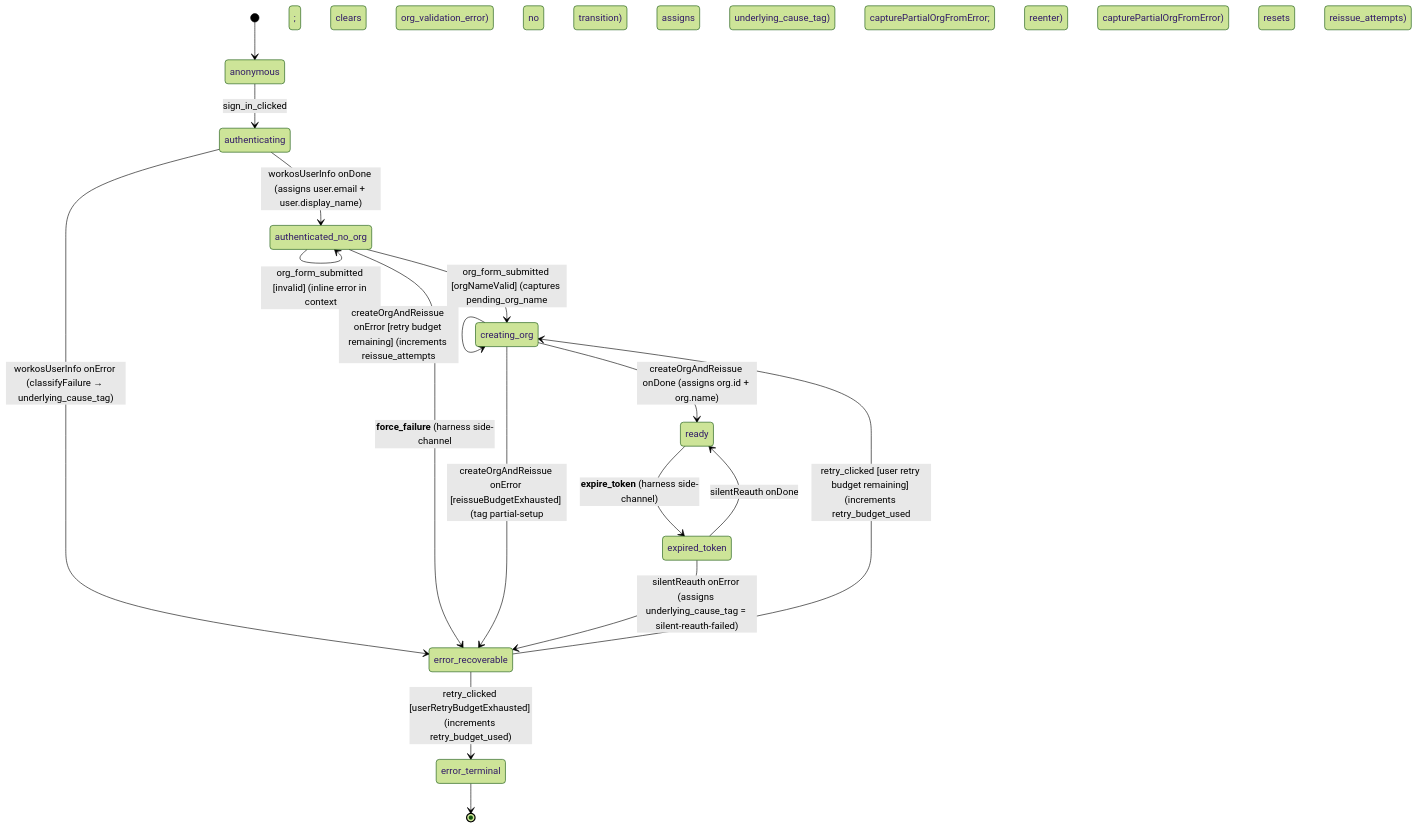
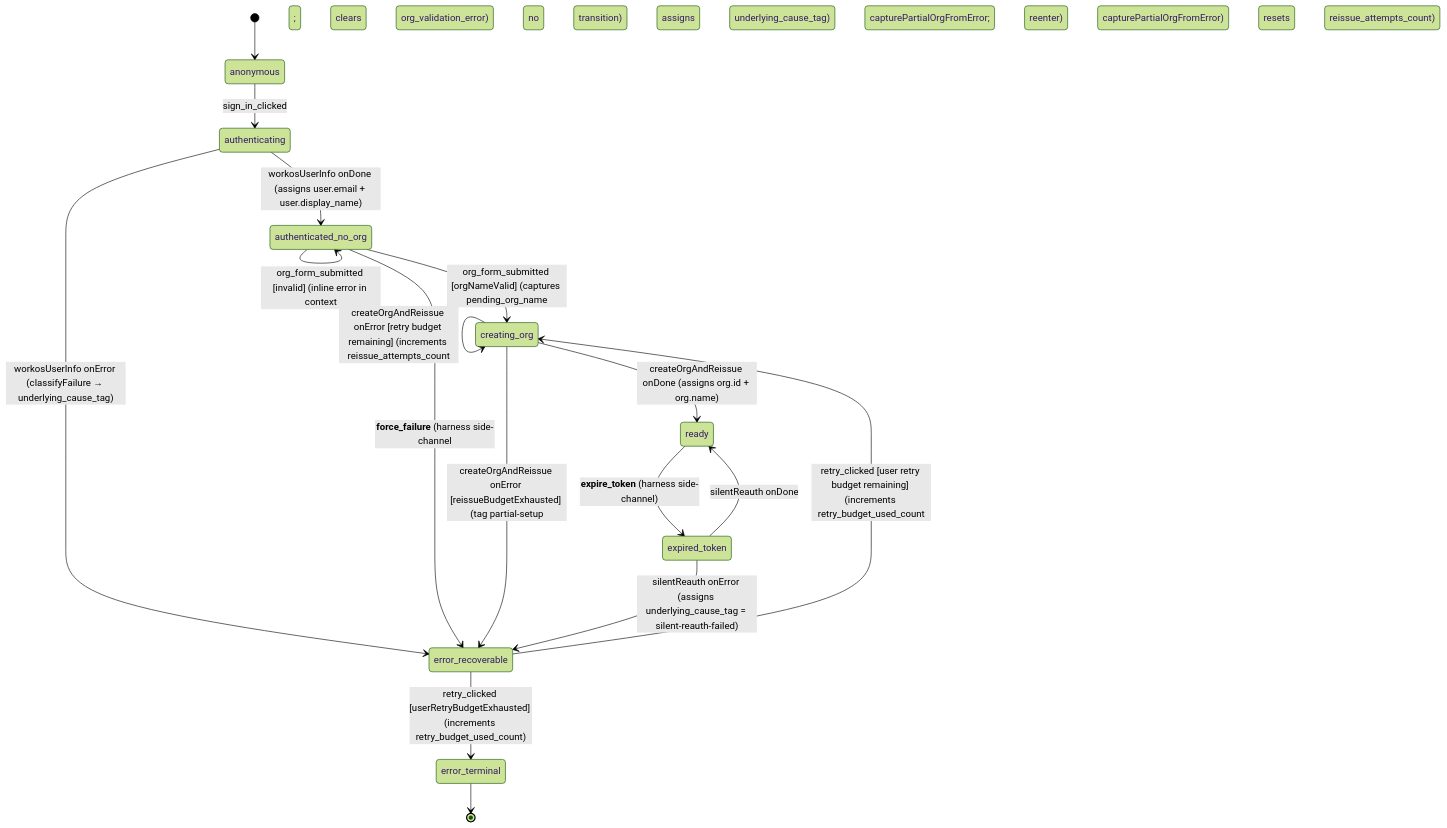
One commit to jzallen/dashboard-chat changed the diagram in ui-state/lib/machines/login-and-org-setup/README.md. Above: the diagram before and after it, drawn with Mermaid (forest theme). The commit also changed other lines of this file and 20 other files, not shown here.

````diff
--- a/ui-state/lib/machines/login-and-org-setup/README.md
+++ b/ui-state/lib/machines/login-and-org-setup/README.md
@@ -13,27 +13,27 @@
 ```mermaid
 stateDiagram-v2
   [*] --> anonymous
 
   anonymous --> authenticating: sign_in_clicked
 
   authenticating --> authenticated_no_org: workosUserInfo onDone (assigns user.email + user.display_name)
   authenticating --> error_recoverable: workosUserInfo onError (classifyFailure → underlying_cause_tag)
 
   authenticated_no_org --> creating_org: org_form_submitted [orgNameValid] (captures pending_org_name; clears org_validation_error)
   authenticated_no_org --> authenticated_no_org: org_form_submitted [invalid] (inline error in context; no transition)
   authenticated_no_org --> error_recoverable: __force_failure__ (harness side-channel; assigns underlying_cause_tag)
 
   creating_org --> ready: createOrgAndReissue onDone (assigns org.id + org.name)
-  creating_org --> creating_org: createOrgAndReissue onError [retry budget remaining] (increments reissue_attempts; capturePartialOrgFromError; reenter)
+  creating_org --> creating_org: createOrgAndReissue onError [retry budget remaining] (increments reissue_attempts_count; capturePartialOrgFromError; reenter)
   creating_org --> error_recoverable: createOrgAndReissue onError [reissueBudgetExhausted] (tag partial-setup; capturePartialOrgFromError)
 
   ready --> expired_token: __expire_token__ (harness side-channel)
 
   expired_token --> ready: silentReauth onDone
   expired_token --> error_recoverable: silentReauth onError (assigns underlying_cause_tag = silent-reauth-failed)
 
-  error_recoverable --> creating_org: retry_clicked [user retry budget remaining] (increments retry_budget_used; resets reissue_attempts)
-  error_recoverable --> error_terminal: retry_clicked [userRetryBudgetExhausted] (increments retry_budget_used)
+  error_recoverable --> creating_org: retry_clicked [user retry budget remaining] (increments retry_budget_used_count; resets reissue_attempts_count)
+  error_recoverable --> error_terminal: retry_clicked [userRetryBudgetExhausted] (increments retry_budget_used_count)
 
   error_terminal --> [*]
 ```
````
